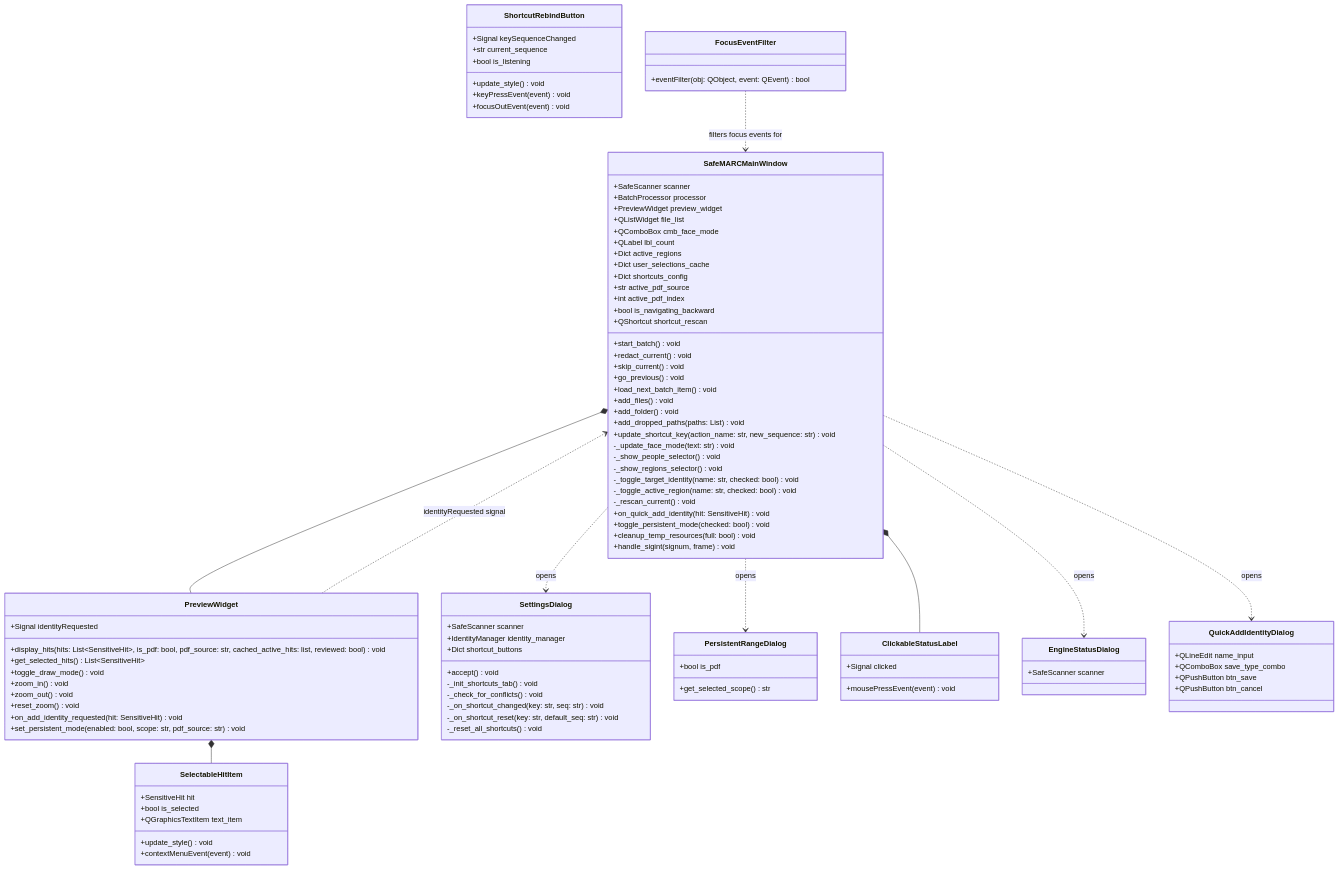
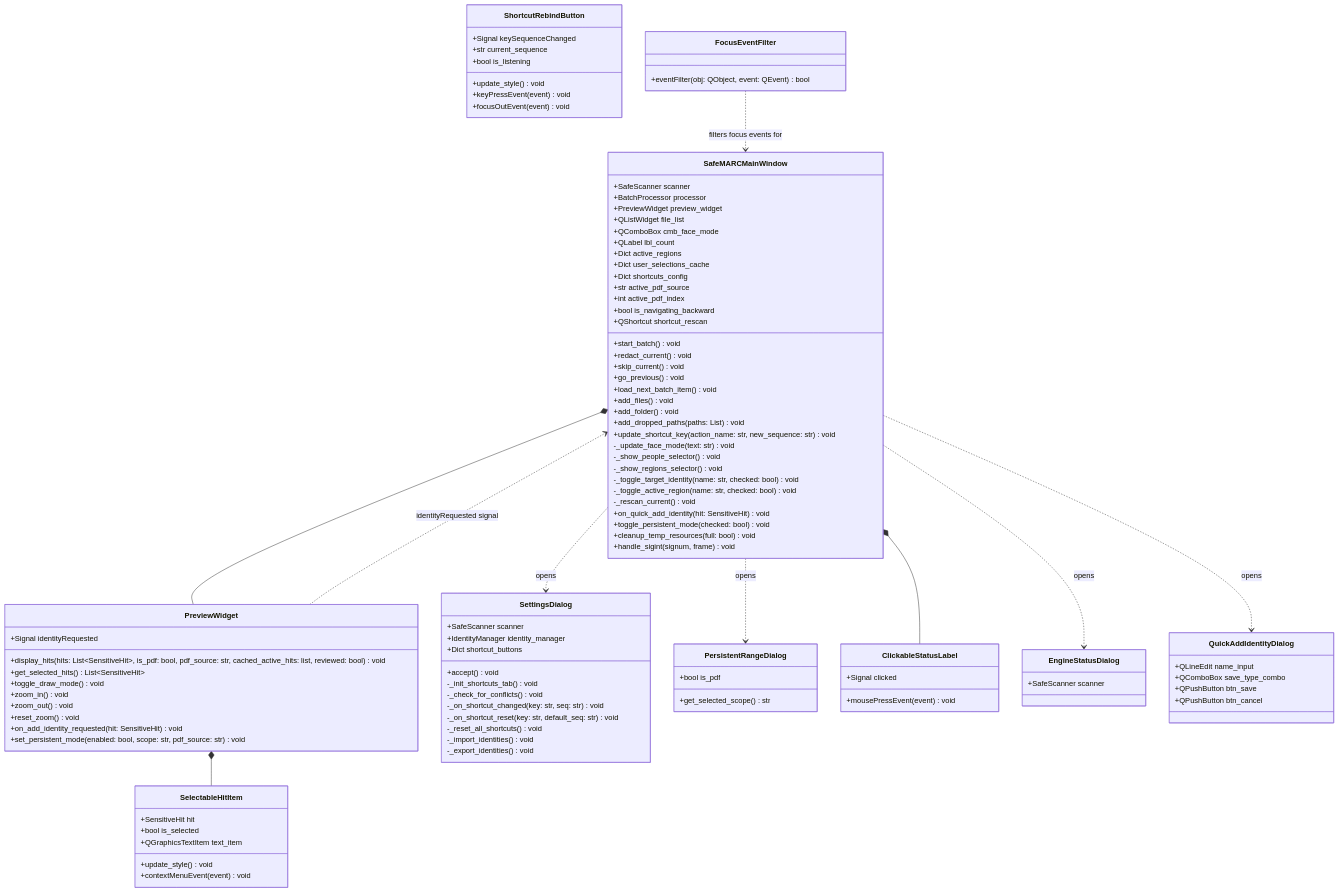
One commit to FurqanHun/SafeMARC changed the third of 3 diagrams in docs/architecture/uml_classes.md. Above: the diagram before and after it, drawn with Mermaid. The commit also changed 4 other files, not shown here.

Commit message:
feat: add password import/export for identities

```diff
--- a/docs/architecture/uml_classes.md
+++ b/docs/architecture/uml_classes.md
@@ -193,6 +193,8 @@
         -_on_shortcut_changed(key: str, seq: str) void
         -_on_shortcut_reset(key: str, default_seq: str) void
         -_reset_all_shortcuts() void
+        -_import_identities() void
+        -_export_identities() void
     }
 
     class ShortcutRebindButton {
```
